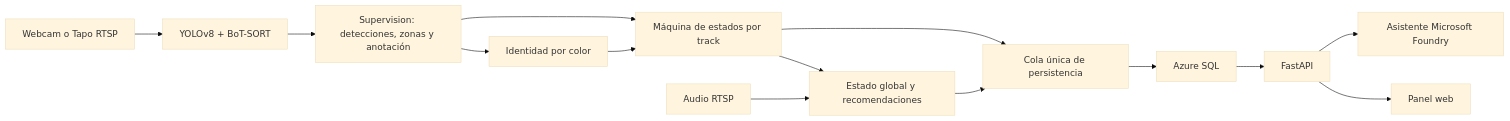
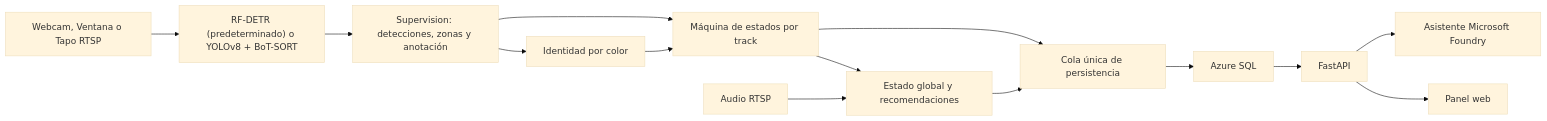
Before and after one commit to matiisnothere-15/CamaraNinfa: the diagram in README.md, drawn with Mermaid (base theme). The commit also changed other lines of this file and 10 other files, not shown here.

````diff
--- a/README.md
+++ b/README.md
@@ -36,16 +42,16 @@
 ```mermaid
 flowchart LR
-    C["Webcam o Tapo RTSP"] --> Y["YOLOv8 + BoT-SORT"]
+    C["Webcam, Ventana o Tapo RTSP"] --> Y["RF-DETR (predeterminado) o YOLOv8 + BoT-SORT"]
     Y --> S["Supervision: detecciones, zonas y anotación"]
     S --> I["Identidad por color"]
     S --> F["Máquina de estados por track"]
     I --> F
     A["Audio RTSP"] --> E["Estado global y recomendaciones"]
     F --> E
     F --> Q["Cola única de persistencia"]
     E --> Q
     Q --> DB["Azure SQL"]
     DB --> API["FastAPI"]
     API --> W["Panel web"]
     API --> AI["Asistente Microsoft Foundry"]
 ```
````
